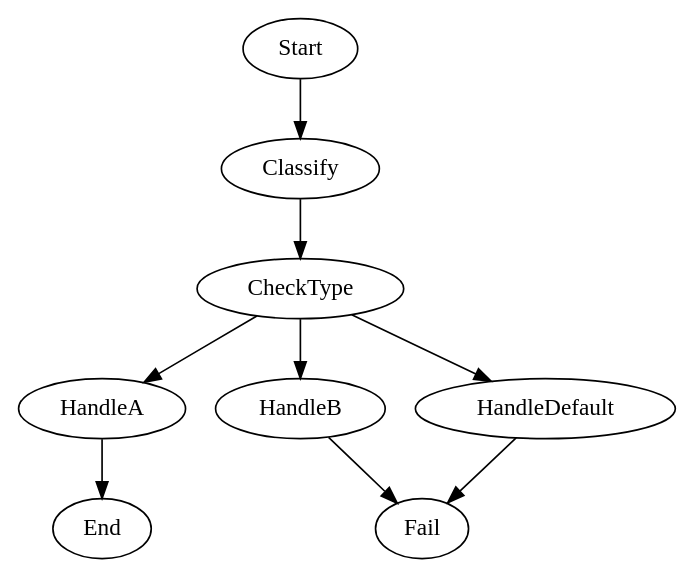
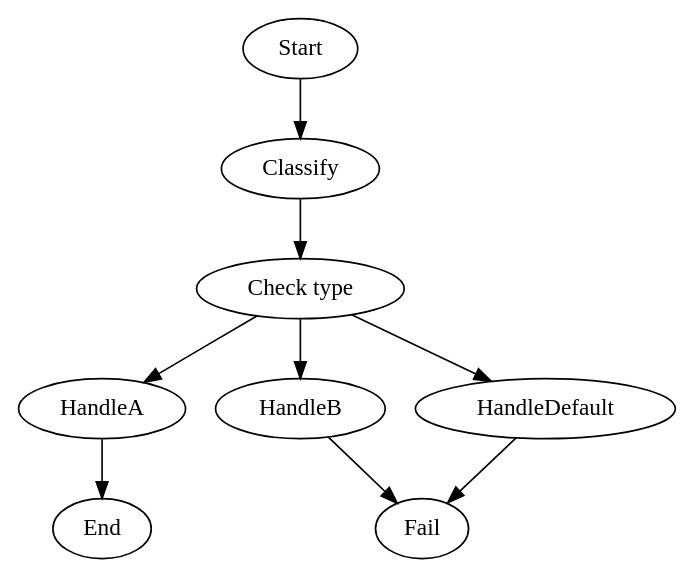
The diagram in .stencila/workflows/test-context-conditions/WORKFLOW.md (stencila/stencila), drawn with Graphviz before and after one commit. The commit also changed 21 other files, not shown here.

````diff
--- a/.stencila/workflows/test-context-conditions/WORKFLOW.md
+++ b/.stencila/workflows/test-context-conditions/WORKFLOW.md
@@ -8,19 +8,24 @@
 ```dot
 digraph Workflow {
-    Start -> Classify -> CheckType
+    Start -> Classify
+
+    Classify [cmd="printf type-a"]
+    Classify -> CheckType
+
+    CheckType [label="Check type"]
     CheckType -> HandleA       [condition="context.shell.output=type-a"]
     CheckType -> HandleB       [condition="context.shell.output=type-b"]
     CheckType -> HandleDefault
 
-    Classify      [cmd="printf type-a"]
-    HandleA       [cmd="printf handled-a"]
-    HandleB       [cmd="printf handled-b"]
+    HandleA [cmd="printf handled-a"]
+    HandleA -> End
+
+    HandleB [cmd="printf handled-b"]
+    HandleB -> Fail
+
     HandleDefault [cmd="printf handled-default"]
-
-    HandleA -> End
-    HandleB -> Fail
     HandleDefault -> Fail
 
     Fail
 }
 ```
````
